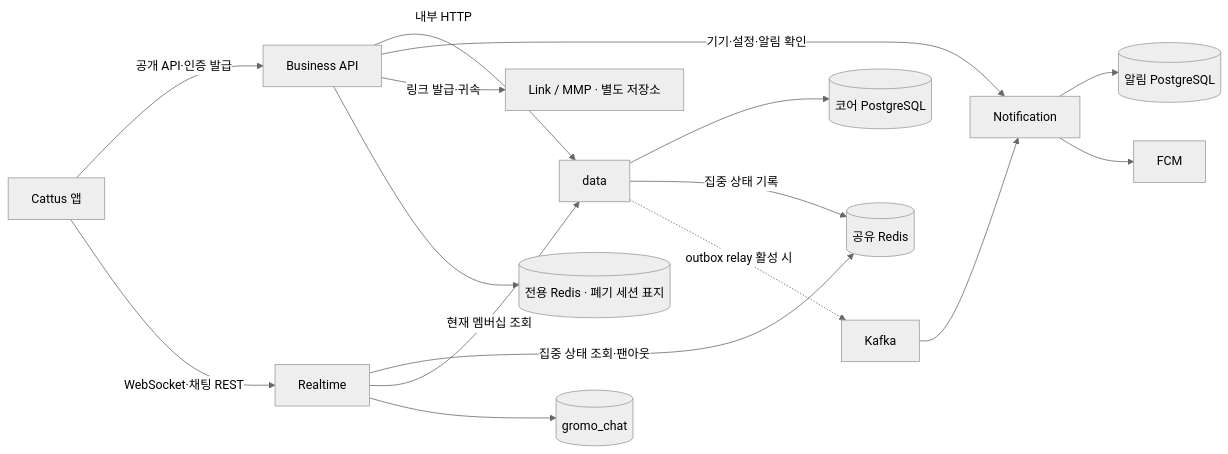
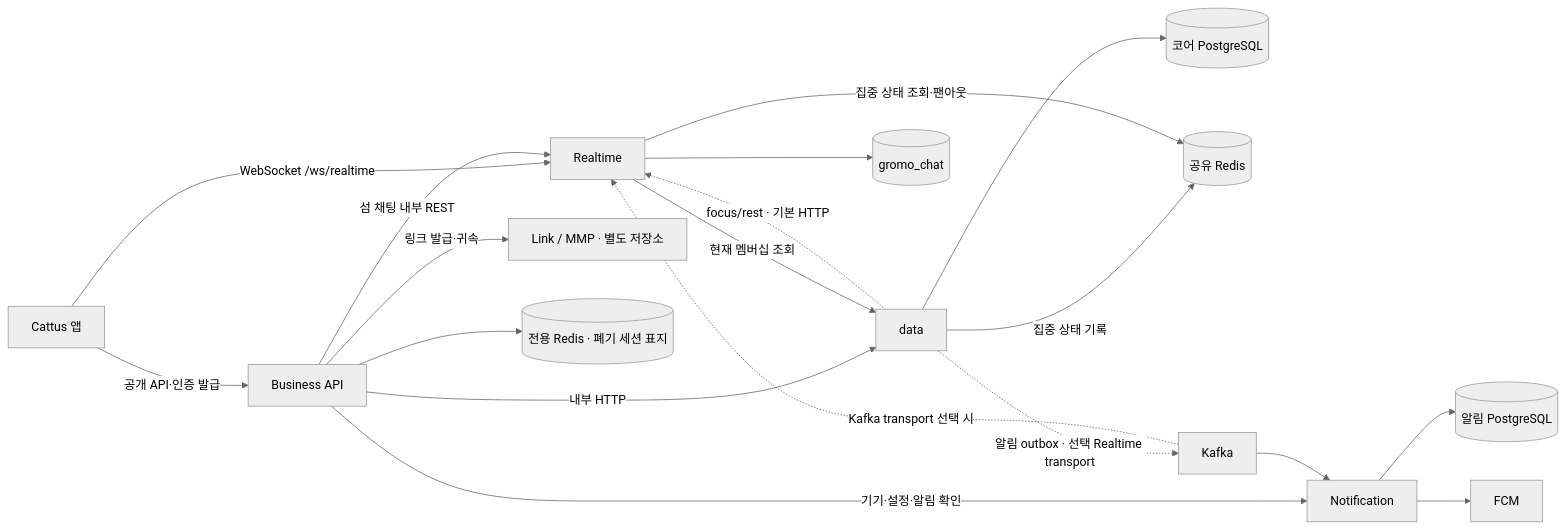
Before and after one commit to OneOrThree/phone: the diagram in server/README.md, drawn with Mermaid (neutral theme). The commit also changed other lines of this file and 4 other files, not shown here.

````diff
--- a/server/README.md
+++ b/server/README.md
@@ -28,18 +28,21 @@
 ```mermaid
 flowchart LR
   app["Cattus 앱"] -->|"공개 API·인증 발급"| business["Business API"]
-  app -->|"WebSocket·채팅 REST"| realtime["Realtime"]
+  app -->|"WebSocket /ws/realtime"| realtime["Realtime"]
+  business -->|"섬 채팅 내부 REST"| realtime
   business -->|"내부 HTTP"| data
   business -->|"기기·설정·알림 확인"| notification["Notification"]
   business -->|"링크 발급·귀속"| link["Link / MMP · 별도 저장소"]
   business --> bizRedis[("전용 Redis · 폐기 세션 표지")]
   data --> coreDb[("코어 PostgreSQL")]
   data -->|"집중 상태 기록"| redis[("공유 Redis")]
   realtime -->|"집중 상태 조회·팬아웃"| redis
   realtime -->|"현재 멤버십 조회"| data
   realtime --> chatDb[("gromo_chat")]
-  data -.->|"outbox relay 활성 시"| kafka["Kafka"]
+  data -.->|"focus/rest · 기본 HTTP"| realtime
+  data -.->|"알림 outbox · 선택 Realtime transport"| kafka["Kafka"]
   kafka --> notification
+  kafka -.->|"Kafka transport 선택 시"| realtime
   notification --> notiDb[("알림 PostgreSQL")]
   notification --> fcm["FCM"]
 ```
````
